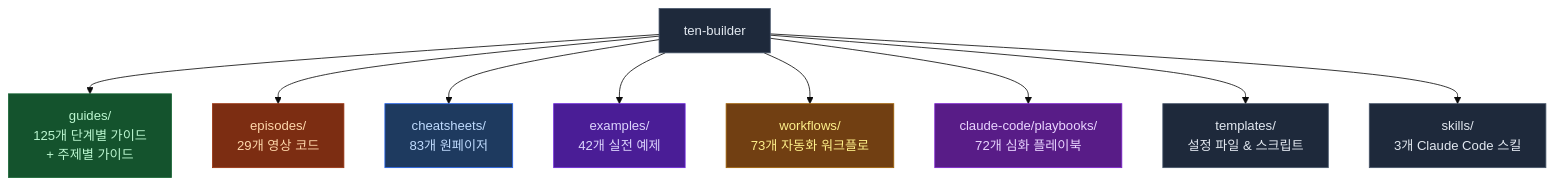
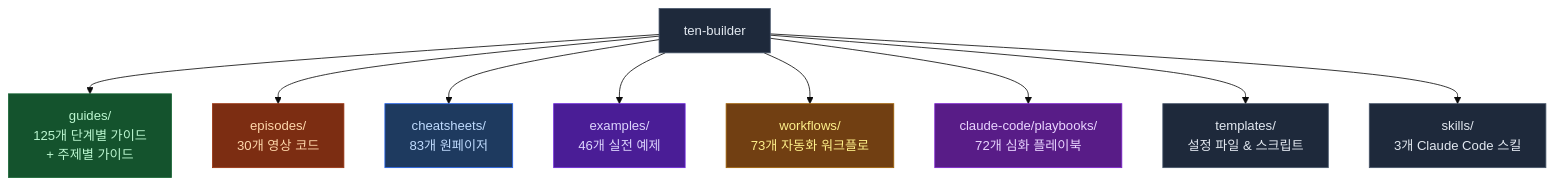
Before and after one commit to ten-builder/ten-builder: the first of 2 diagrams in README.md, drawn with Mermaid (base theme). The commit also changed other lines of this file, not shown here.

Commit message:
docs: README sync — episodes 30, examples 46, 3 new cheatsheets

````diff
--- a/README.md
+++ b/README.md
@@ -23,21 +23,21 @@
 ```mermaid
 flowchart TD
     R["ten-builder"] --> G["guides/\n125개 단계별 가이드\n+ 주제별 가이드"]
-    R --> E["episodes/\n29개 영상 코드"]
+    R --> E["episodes/\n30개 영상 코드"]
     R --> C["cheatsheets/\n83개 원페이저"]
-    R --> EX["examples/\n42개 실전 예제"]
+    R --> EX["examples/\n46개 실전 예제"]
     R --> W["workflows/\n73개 자동화 워크플로"]
     R --> P["claude-code/playbooks/\n72개 심화 플레이북"]
     R --> T["templates/\n설정 파일 & 스크립트"]
     R --> S["skills/\n3개 Claude Code 스킬"]
 
     style R fill:#1e293b,stroke:#475569,color:#e2e8f0
     style G fill:#14532d,stroke:#166534,color:#bbf7d0
     style E fill:#7c2d12,stroke:#9a3412,color:#fed7aa
     style C fill:#1e3a5f,stroke:#2563eb,color:#bfdbfe
     style EX fill:#4a1d96,stroke:#6d28d9,color:#ddd6fe
     style W fill:#713f12,stroke:#a16207,color:#fef08a
     style P fill:#581c87,stroke:#7e22ce,color:#e9d5ff
     style T fill:#1e293b,stroke:#475569,color:#e2e8f0
     style S fill:#1e293b,stroke:#475569,color:#e2e8f0
 ```
````
